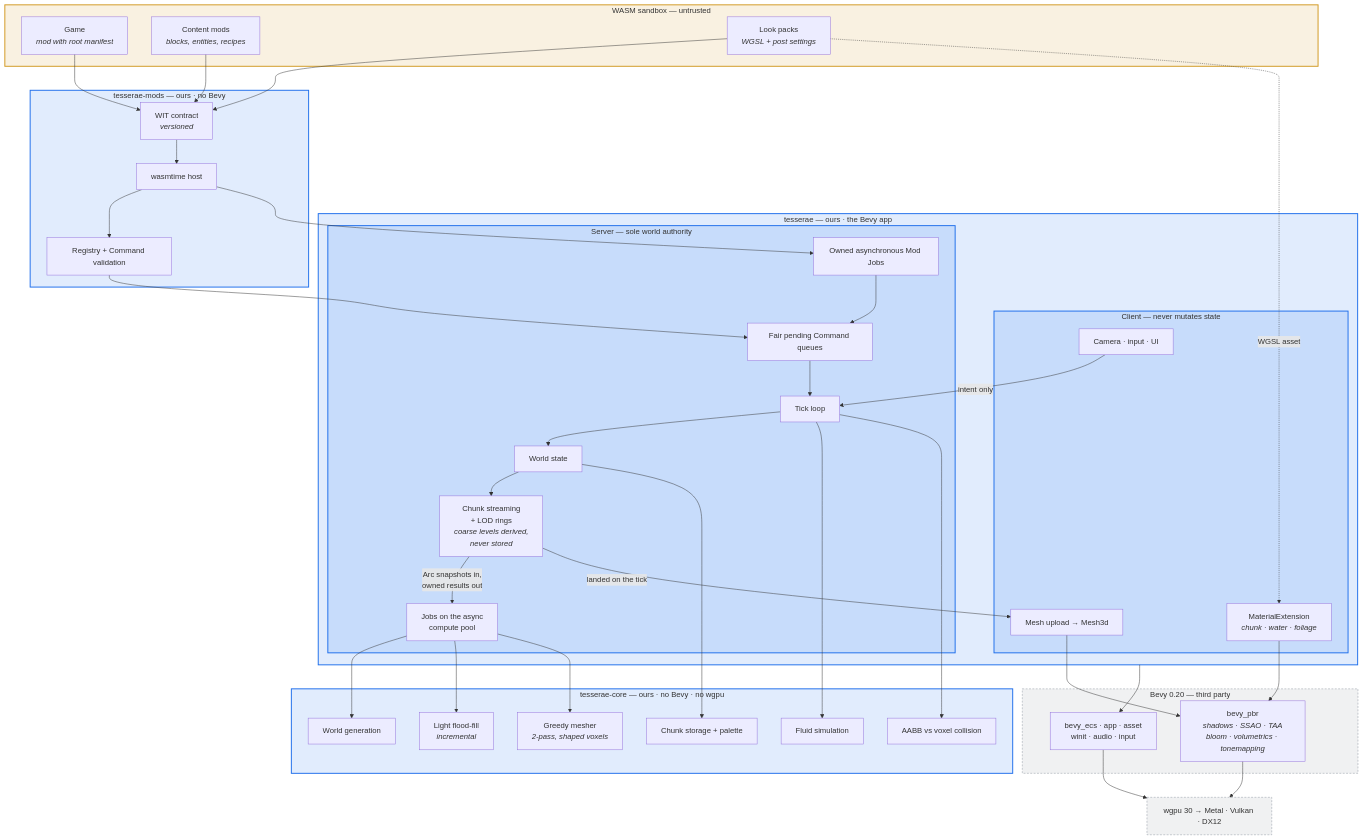
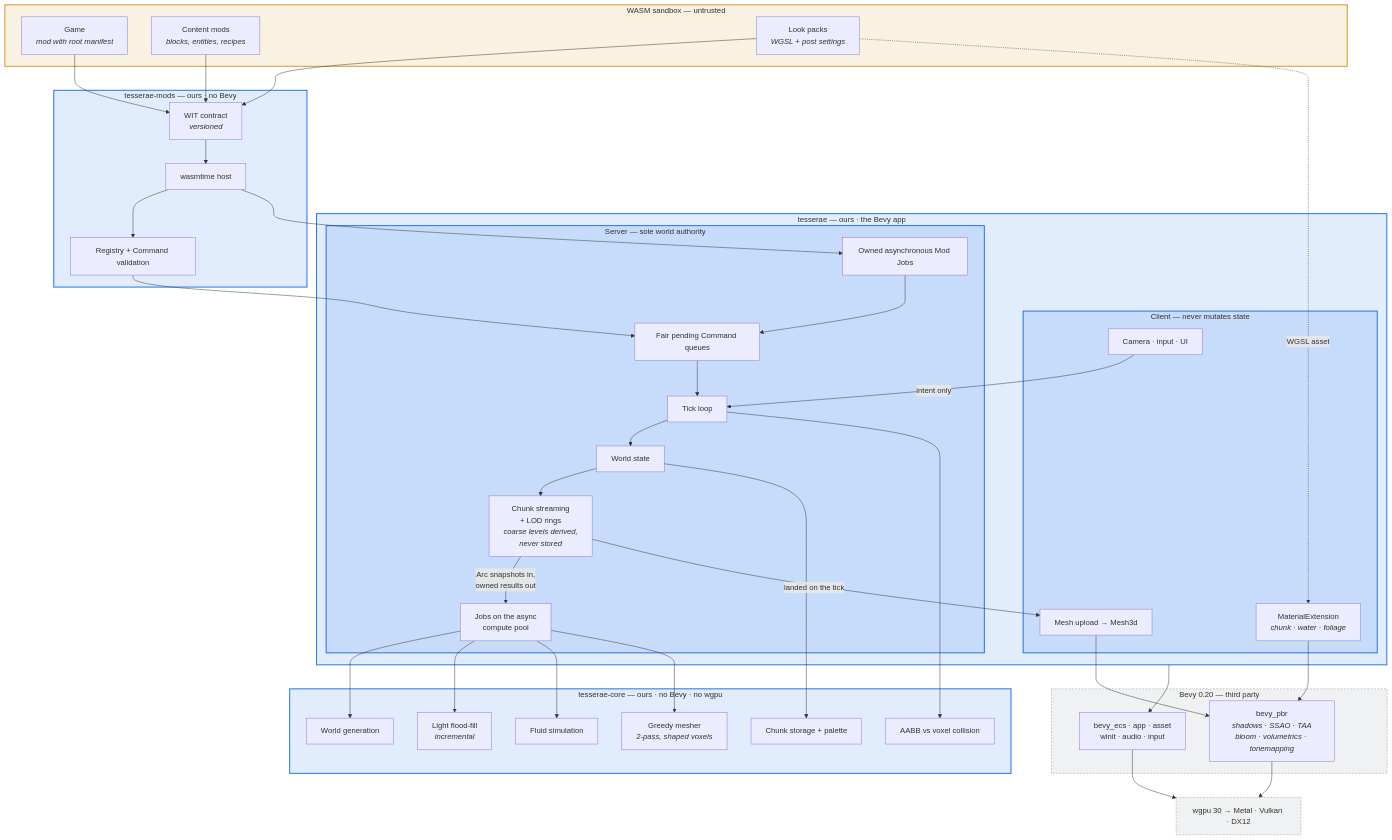
Before and after one commit to mkappworks-dev/tesserae: the diagram in docs/architecture.md, drawn with Mermaid. The commit also changed other lines of this file and 120 other files, not shown here.

````diff
--- a/docs/architecture.md
+++ b/docs/architecture.md
@@ -6,78 +6,78 @@
 ```mermaid
 flowchart TB
     subgraph SANDBOX["WASM sandbox — untrusted"]
         GAME["Game<br/><i>mod with root manifest</i>"]
         MOD["Content mods<br/><i>blocks, entities, recipes</i>"]
         LOOK["Look packs<br/><i>WGSL + post settings</i>"]
     end
 
     subgraph MODS["tesserae-mods — ours · no Bevy"]
         WIT["WIT contract<br/><i>versioned</i>"]
         HOST["wasmtime host"]
         VALIDATE["Registry + Command validation"]
     end
 
     subgraph APP["tesserae — ours · the Bevy app"]
         subgraph SRV["Server — sole world authority"]
             TICK["Tick loop"]
             MODJOBS["Owned asynchronous Mod Jobs"]
             QUEUE["Fair pending Command queues"]
             STATE["World state"]
             STREAM["Chunk streaming<br/>+ LOD rings<br/><i>coarse levels derived,<br/>never stored</i>"]
             JOBS["Jobs on the async<br/>compute pool"]
         end
         subgraph CLI["Client — never mutates state"]
             INTENT["Camera · input · UI"]
             UPLOAD["Mesh upload → Mesh3d"]
             MATEXT["MaterialExtension<br/><i>chunk · water · foliage</i>"]
         end
     end
 
     subgraph CORE["tesserae-core — ours · no Bevy · no wgpu"]
         STORE["Chunk storage + palette"]
         GEN["World generation"]
         MESHER["Greedy mesher<br/><i>2-pass, shaped voxels</i>"]
         LIGHT["Light flood-fill<br/><i>incremental</i>"]
         FLUID["Fluid simulation"]
         COLL["AABB vs voxel collision"]
     end
 
     subgraph BEVY["Bevy 0.20 — third party"]
         ECS["bevy_ecs · app · asset<br/>winit · audio · input"]
         PBR["bevy_pbr<br/><i>shadows · SSAO · TAA<br/>bloom · volumetrics · tonemapping</i>"]
     end
 
     GPU["wgpu 30 → Metal · Vulkan · DX12"]
 
     GAME --> WIT
     MOD --> WIT
     LOOK --> WIT
     WIT --> HOST --> VALIDATE
     HOST --> MODJOBS --> QUEUE --> TICK
     VALIDATE --> QUEUE
 
     INTENT -- intent only --> TICK
     TICK --> STATE --> STREAM
     STREAM -- "Arc snapshots in,<br/>owned results out" --> JOBS
     JOBS --> GEN
     JOBS --> LIGHT
-    TICK --> FLUID
+    JOBS --> FLUID
     TICK --> COLL
     STATE --> STORE
     JOBS --> MESHER
     STREAM -- "landed on the tick" --> UPLOAD
 
     LOOK -. WGSL asset .-> MATEXT
     UPLOAD --> PBR
     MATEXT --> PBR
     APP --> ECS
     PBR --> GPU
     ECS --> GPU
 
     classDef ours fill:#1f6feb22,stroke:#1f6feb,stroke-width:2px
     classDef third fill:#8b949e22,stroke:#8b949e,stroke-width:1px,stroke-dasharray:4 3
     classDef untrusted fill:#d2992222,stroke:#d29922,stroke-width:2px
     class MODS,APP,CORE,SRV,CLI ours
     class BEVY,GPU third
     class SANDBOX untrusted
 ```
````
